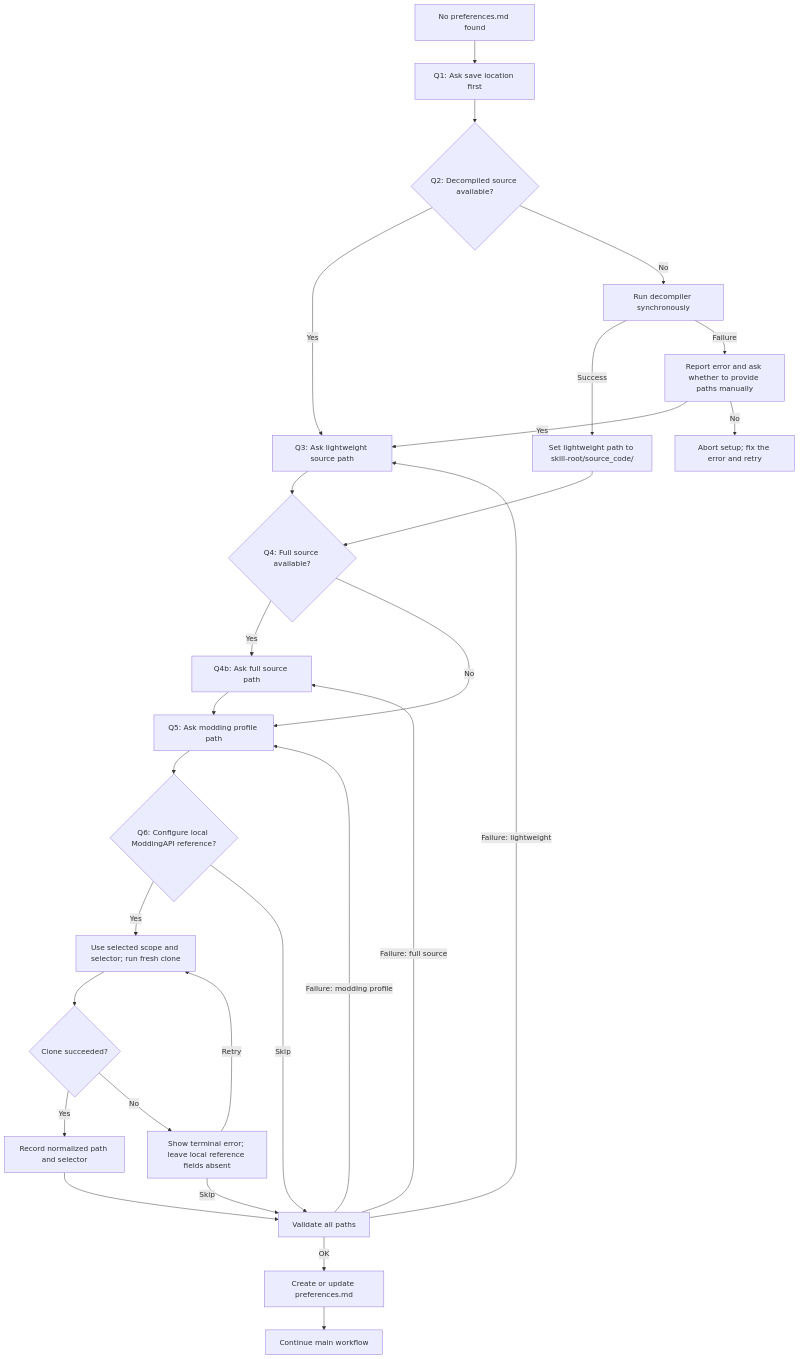
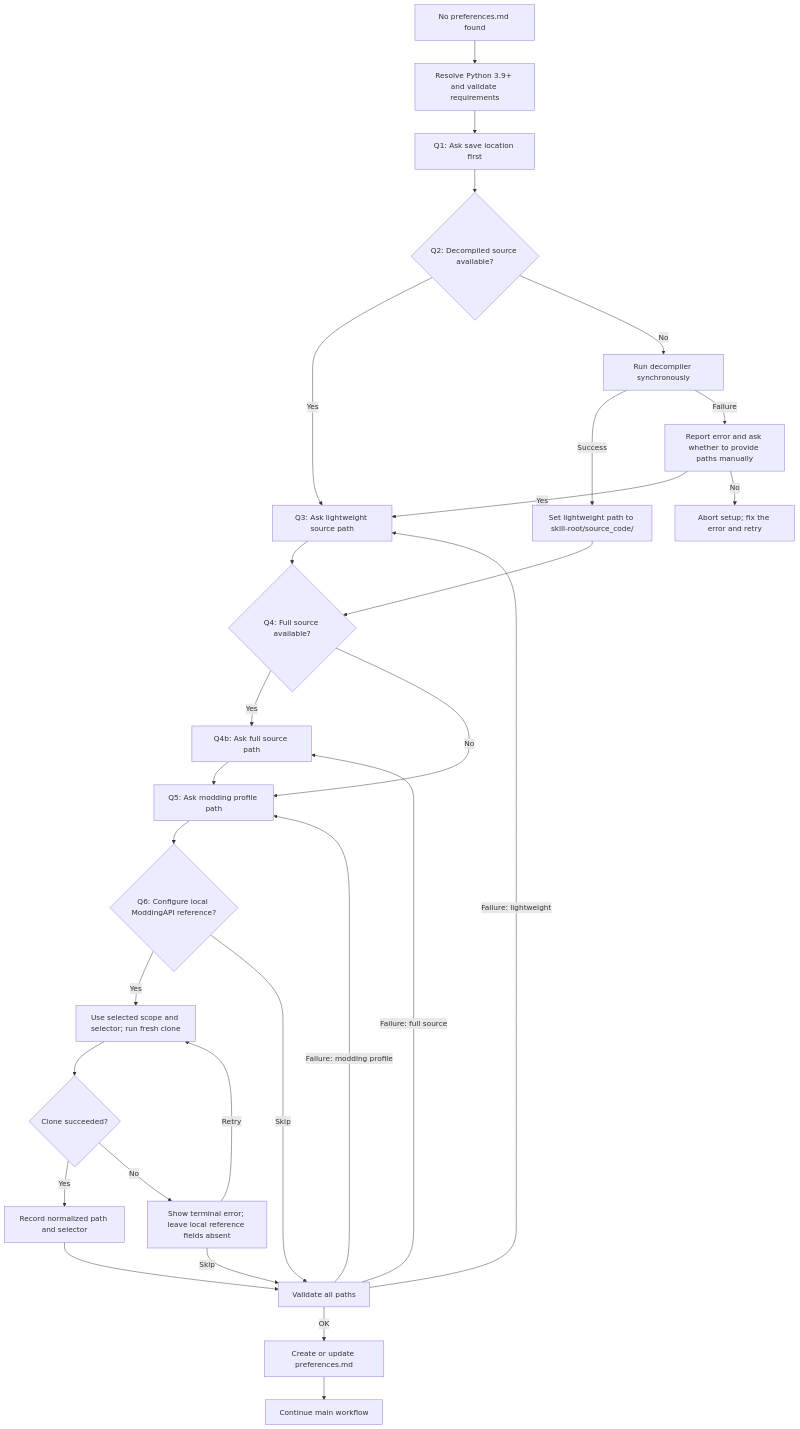
One commit to EltonZhang777/Blasphemous.ModdingHelper.Skill changed the diagram in skills/blasphemous-modding-helper/references/config/first-time-setup.md. Above: the diagram before and after it, drawn with Mermaid. The commit also changed other lines of this file and 8 other files, not shown here.

First line of the commit message:
feat(runtime): add Python preflight foundation

````diff
--- a/skills/blasphemous-modding-helper/references/config/first-time-setup.md
+++ b/skills/blasphemous-modding-helper/references/config/first-time-setup.md
@@ -22,35 +24,36 @@
 ```mermaid
 flowchart TD
-    Start["No preferences.md found"] --> Q1["Q1: Ask save location first"]
+    Start["No preferences.md found"] --> Runtime["Resolve Python 3.9+ and validate requirements"]
+    Runtime --> Q1["Q1: Ask save location first"]
     Q1 --> Q2{"Q2: Decompiled source available?"}
 
     Q2 -->|Yes| Q3["Q3: Ask lightweight source path"]
     Q2 -->|No| Decompile["Run decompiler synchronously"]
 
     Decompile -->|Success| AutoLight["Set lightweight path to skill-root/source_code/"]
     Decompile -->|Failure| DecompileError["Report error and ask whether to provide paths manually"]
     DecompileError -->|Yes| Q3
     DecompileError -->|No| Abort["Abort setup; fix the error and retry"]
 
     Q3 --> Q4{"Q4: Full source available?"}
     AutoLight --> Q4
     Q4 -->|Yes| Q4b["Q4b: Ask full source path"]
     Q4 -->|No| Q5["Q5: Ask modding profile path"]
     Q4b --> Q5
 
     Q5 --> Q6{"Q6: Configure local ModdingAPI reference?"}
     Q6 -->|Yes| Clone["Use selected scope and selector; run fresh clone"]
     Q6 -->|Skip| Validate["Validate all paths"]
     Clone --> CloneResult{"Clone succeeded?"}
     CloneResult -->|Yes| Record["Record normalized path and selector"]
     CloneResult -->|No| CloneError["Show terminal error; leave local reference fields absent"]
     CloneError -->|Retry| Clone
     CloneError -->|Skip| Validate
     Record --> Validate
 
     Validate -->|Failure: lightweight| Q3
     Validate -->|Failure: full source| Q4b
     Validate -->|Failure: modding profile| Q5
     Validate -->|OK| Save["Create or update preferences.md"]
     Save --> Continue["Continue main workflow"]
 ```
````
